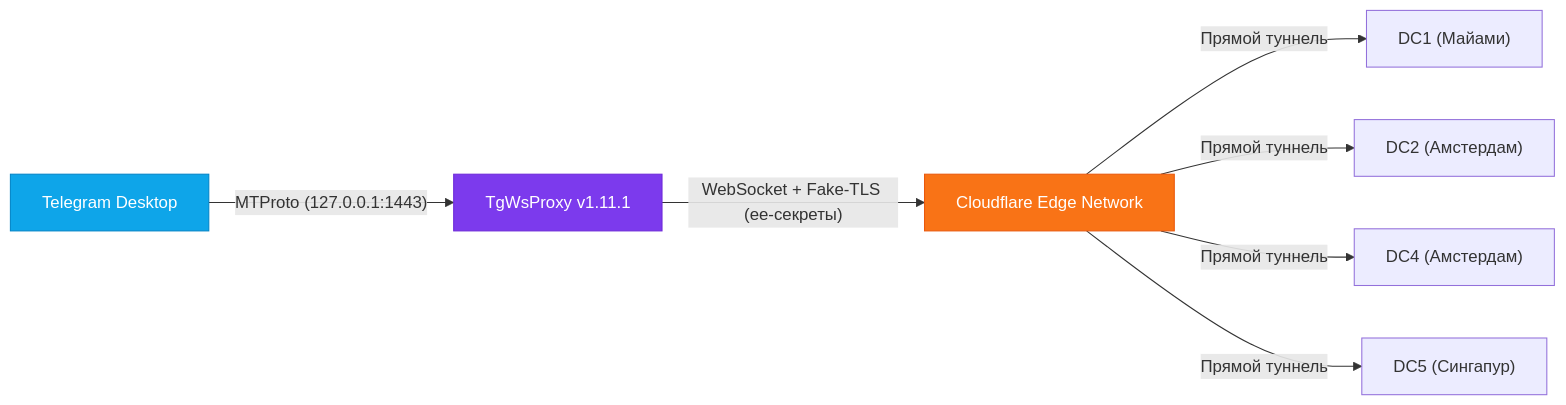
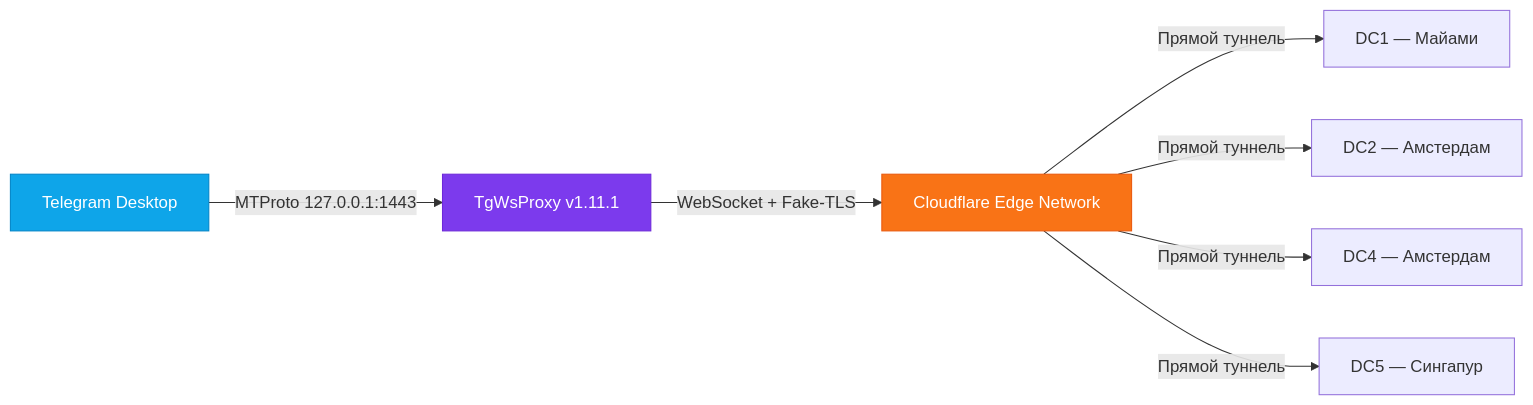
One commit to GhosterAI/GhosterNetApp changed the third of 6 diagrams in README.md. Above: the diagram before and after it, drawn with Mermaid. The commit also changed other lines of this file, not shown here.

Commit message:
fix(docs): resolve Mermaid syntax parse error in architecture diagrams

````diff
--- a/README.md
+++ b/README.md
@@ -146,13 +146,13 @@
 ```mermaid
 flowchart LR
-    TG["Telegram Desktop"] -->|"MTProto (127.0.0.1:1443)"| PROXY["TgWsProxy v1.11.1"]
-    PROXY -->|"WebSocket + Fake-TLS (ee-секреты)"| CF["Cloudflare Edge Network"]
-    CF -->|"Прямой туннель"| DC1["DC1 (Майами)"]
-    CF -->|"Прямой туннель"| DC2["DC2 (Амстердам)"]
-    CF -->|"Прямой туннель"| DC4["DC4 (Амстердам)"]
-    CF -->|"Прямой туннель"| DC5["DC5 (Сингапур)"]
+    TG["Telegram Desktop"] -->|"MTProto 127.0.0.1:1443"| PROXY["TgWsProxy v1.11.1"]
+    PROXY -->|"WebSocket + Fake-TLS"| CF["Cloudflare Edge Network"]
+    CF -->|"Прямой туннель"| DC1["DC1 — Майами"]
+    CF -->|"Прямой туннель"| DC2["DC2 — Амстердам"]
+    CF -->|"Прямой туннель"| DC4["DC4 — Амстердам"]
+    CF -->|"Прямой туннель"| DC5["DC5 — Сингапур"]
 
     style TG fill:#0ea5e9,stroke:#0284c7,color:#fff
     style PROXY fill:#7c3aed,stroke:#6d28d9,color:#fff
     style CF fill:#f97316,stroke:#ea580c,color:#fff
 ```
````
